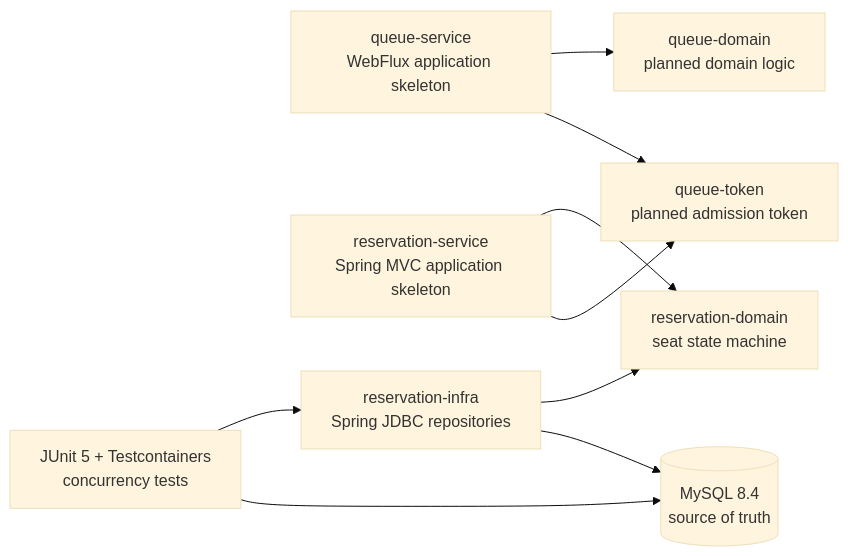
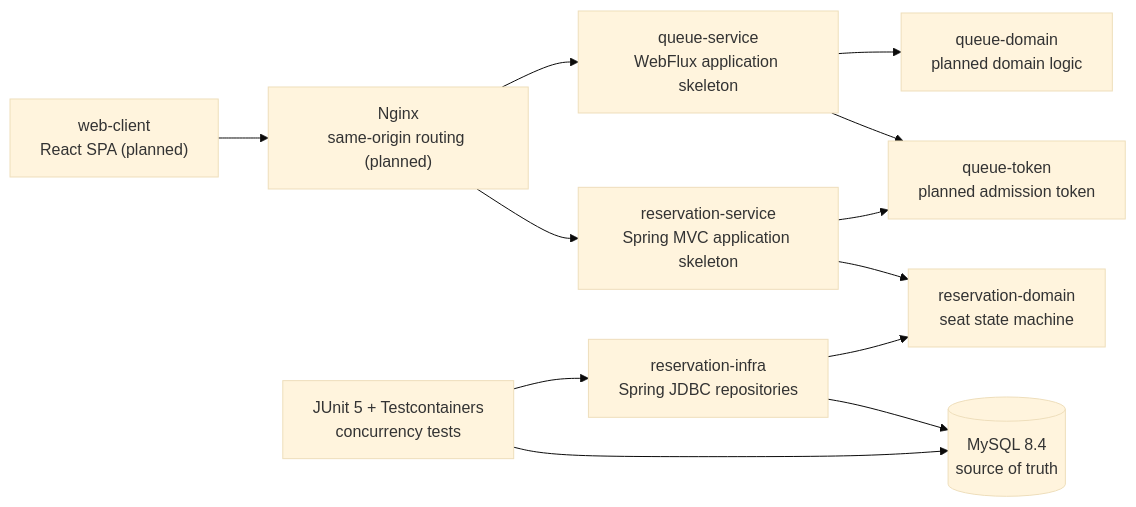
One commit to whdkfhr/rail-gate changed the diagram in README.md. Above: the diagram before and after it, drawn with Mermaid (base theme). The commit also changed other lines of this file and 5 other files, not shown here.

````diff
--- a/README.md
+++ b/README.md
@@ -49,20 +50,25 @@
 ```mermaid
 flowchart LR
     QS["queue-service<br/>WebFlux application skeleton"]
     RS["reservation-service<br/>Spring MVC application skeleton"]
     QD["queue-domain<br/>planned domain logic"]
     QT["queue-token<br/>planned admission token"]
     RD["reservation-domain<br/>seat state machine"]
     RI["reservation-infra<br/>Spring JDBC repositories"]
     DB[("MySQL 8.4<br/>source of truth")]
     TC["JUnit 5 + Testcontainers<br/>concurrency tests"]
+    WEB["web-client<br/>React SPA (planned)"]
+    EDGE["Nginx<br/>same-origin routing (planned)"]
 
+    WEB --> EDGE
+    EDGE --> QS
+    EDGE --> RS
     QS --> QD
     QS --> QT
     RS --> RD
     RS --> QT
     RI --> RD
     RI --> DB
     TC --> RI
     TC --> DB
 ```
````
